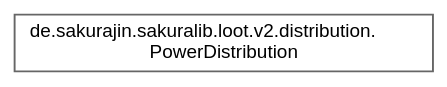
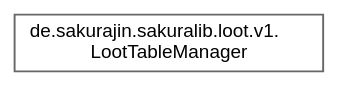
Before and after one commit to noah1510/sakura-lib: the diagram in inherit_graph_26.dot, drawn with Graphviz. The commit also changed 97 other files, not shown here.

```diff
--- a/inherit_graph_26.dot
+++ b/inherit_graph_26.dot
@@ -1,9 +1,9 @@
 digraph "Graphical Class Hierarchy"
 {
  // LATEX_PDF_SIZE
   bgcolor="transparent";
   edge [fontname=Helvetica,fontsize=10,labelfontname=Helvetica,labelfontsize=10];
   node [fontname=Helvetica,fontsize=10,shape=box,height=0.2,width=0.4];
   rankdir="LR";
-  Node0 [label="de.sakurajin.sakuralib.loot.v2.distribution.\lPowerDistribution",height=0.2,width=0.4,color="grey40", fillcolor="white", style="filled",URL="$classde_1_1sakurajin_1_1sakuralib_1_1loot_1_1v2_1_1distribution_1_1PowerDistribution.html",tooltip="This class can be used to create a power based weight distributions for loot tables."];
+  Node0 [label="de.sakurajin.sakuralib.loot.v1.\lLootTableManager",height=0.2,width=0.4,color="grey40", fillcolor="white", style="filled",URL="$classde_1_1sakurajin_1_1sakuralib_1_1loot_1_1v1_1_1LootTableManager.html",tooltip="This class is used to inject data into loot tables."];
 }
```
